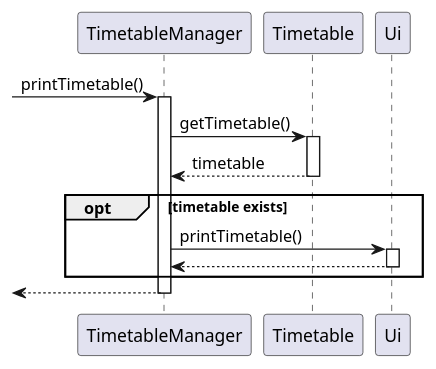
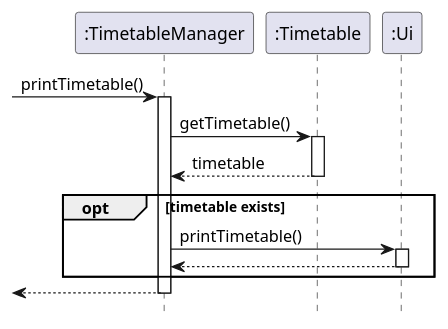
Before and after one commit to nus-cs2113-AY2223S1/tp: the diagram in docs/diagrams/Timetable_printTimetable_Sequence.puml, drawn with PlantUML. The commit also changed 7 other files, not shown here.

Commit message:
Update sequence diagrams

```diff
--- a/docs/diagrams/Timetable_printTimetable_Sequence.puml
+++ b/docs/diagrams/Timetable_printTimetable_Sequence.puml
@@ -1,17 +1,18 @@
 @startuml
+hide footbox
 
--> TimetableManager : printTimetable()
-activate TimetableManager
-TimetableManager -> Timetable : getTimetable()
-activate Timetable
-TimetableManager <-- Timetable : timetable
-deactivate Timetable
+-> ":TimetableManager" : printTimetable()
+activate ":TimetableManager"
+":TimetableManager" -> ":Timetable" : getTimetable()
+activate ":Timetable"
+":TimetableManager" <-- ":Timetable" : timetable
+deactivate ":Timetable"
 opt timetable exists
-    TimetableManager -> Ui : printTimetable()
-    activate Ui
-    TimetableManager <-- Ui
-    deactivate Ui
+    ":TimetableManager" -> ":Ui" : printTimetable()
+    activate ":Ui"
+    ":TimetableManager" <-- ":Ui"
+    deactivate ":Ui"
 end
-<-- TimetableManager
-deactivate TimetableManager
+<-- ":TimetableManager"
+deactivate ":TimetableManager"
 @enduml
```
